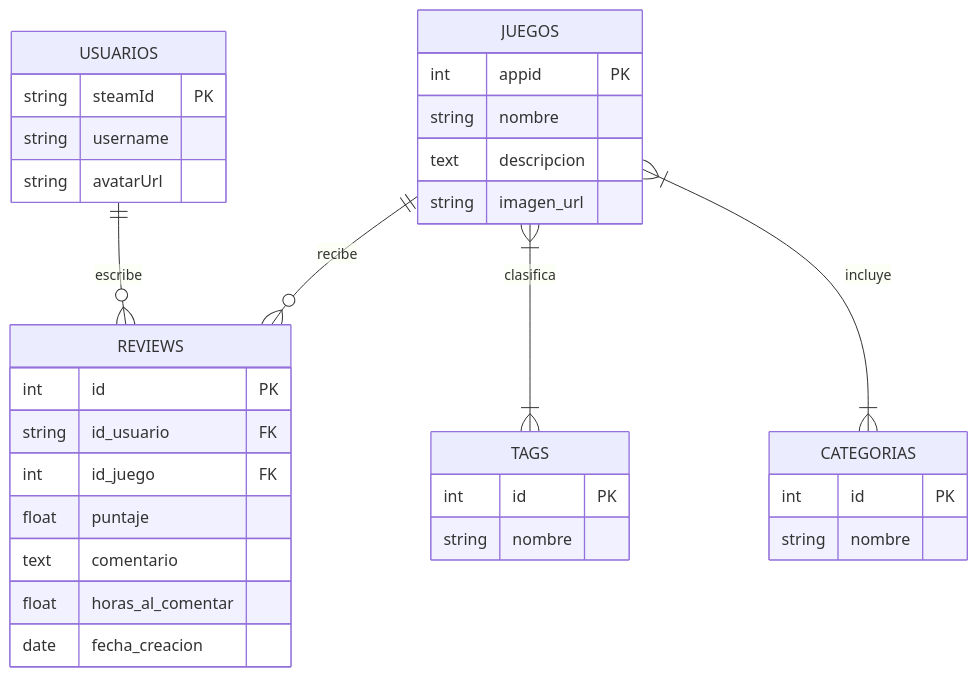
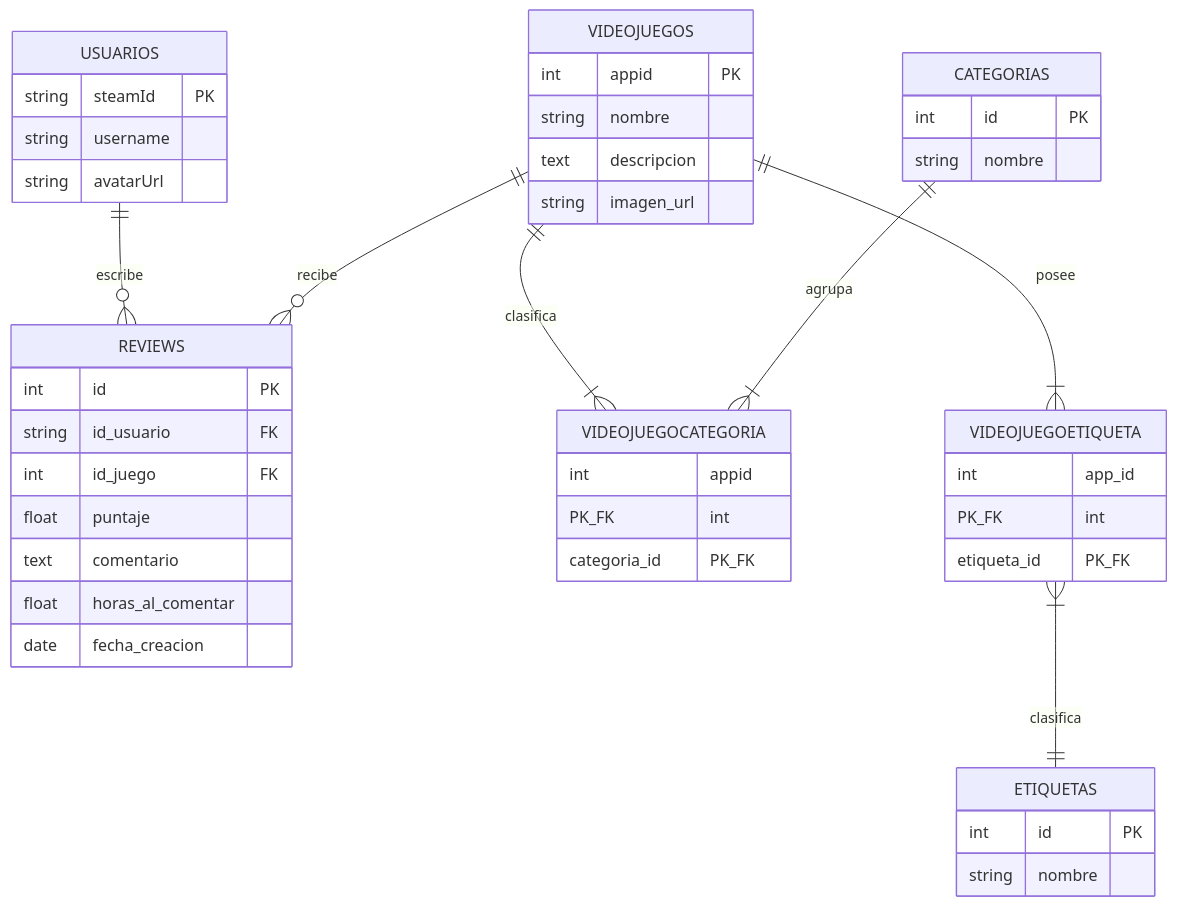
Before and after one commit to ScursatoneGino16/SeminarioIntegrador2026: the diagram in Proyecto Seminario.md, drawn with Mermaid. The commit also changed 1 other file, not shown here.

Commit message:
Numeracion de CU
-

````diff
--- a/Proyecto Seminario.md
+++ b/Proyecto Seminario.md
@@ -35,40 +35,53 @@
 ```mermaid
 erDiagram
     USUARIOS ||--o{ REVIEWS : escribe
-    JUEGOS ||--o{ REVIEWS : recibe
-    JUEGOS }|--|{ TAGS : clasifica
-    JUEGOS }|--|{ CATEGORIAS : incluye
+    VIDEOJUEGOS ||--o{ REVIEWS : recibe
+    VIDEOJUEGOS ||--|{ VIDEOJUEGOCATEGORIA : clasifica
+    VIDEOJUEGOS ||--|{ VIDEOJUEGOETIQUETA : posee
+    CATEGORIAS ||--|{ VIDEOJUEGOCATEGORIA : agrupa
+    VIDEOJUEGOETIQUETA }|--|| ETIQUETAS : clasifica
+    
     
     USUARIOS {
         string steamId PK
         string username
         string avatarUrl
     }
     
     REVIEWS {
         int id PK
         string id_usuario FK
         int id_juego FK
         float puntaje
         text comentario
         float horas_al_comentar
         date fecha_creacion
     }
     
-    JUEGOS {
+    VIDEOJUEGOS {
         int appid PK
         string nombre
         text descripcion
         string imagen_url
     }
     
-    TAGS {
+    VIDEOJUEGOCATEGORIA {
+	    int appid PK_FK
+	    int categoria_id PK_FK
+	}
+	
+	VIDEOJUEGOETIQUETA {
+		int app_id PK_FK
+		int etiqueta_id PK_FK
+	}
+    
+    ETIQUETAS {
         int id PK
         string nombre
     }
 
     CATEGORIAS {
         int id PK
         string nombre
     }
 ```
````
